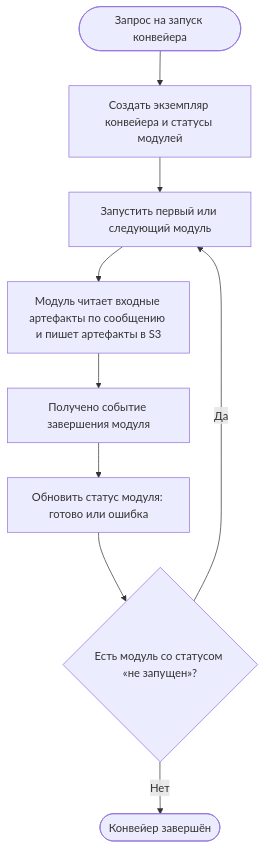
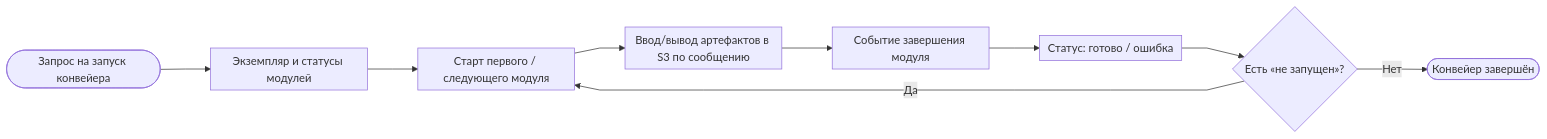
Before and after one commit to Trump68/infra: diagram 11 of 19 in TZ/1.Пояснительная записка к техническому проекту.md, drawn with Mermaid. The commit also changed other lines of this file, not shown here.

````diff
--- a/TZ/1.Пояснительная записка к техническому проекту.md
+++ b/TZ/1.Пояснительная записка к техническому проекту.md
@@ -1621,11 +1625,12 @@
 ```mermaid
-flowchart TB
-  START([Запрос на запуск конвейера]) --> INIT[Создать экземпляр конвейера и статусы модулей]
-  INIT --> RUN[Запустить первый или следующий модуль]
-  RUN --> WORK[Модуль читает входные артефакты по сообщению и пишет артефакты в S3]
-  WORK --> FINMSG[Получено событие завершения модуля]
-  FINMSG --> UPD[Обновить статус модуля: готово или ошибка]
-  UPD --> NEXT{Есть модуль со статусом «не запущен»?}
+%%{init: {"flowchart": {"rankSpacing": 72, "nodeSpacing": 16, "padding": 6, "curve": "linear"}}}%%
+flowchart LR
+  START([Запрос на запуск конвейера]) --> INIT[Экземпляр и статусы модулей]
+  INIT --> RUN[Старт первого / следующего модуля]
+  RUN --> WORK[Ввод/вывод артефактов в S3 по сообщению]
+  WORK --> FINMSG[Событие завершения модуля]
+  FINMSG --> UPD[Статус: готово / ошибка]
+  UPD --> NEXT{Есть «не запущен»?}
   NEXT -->|Да| RUN
   NEXT -->|Нет| END([Конвейер завершён])
 ```
````
